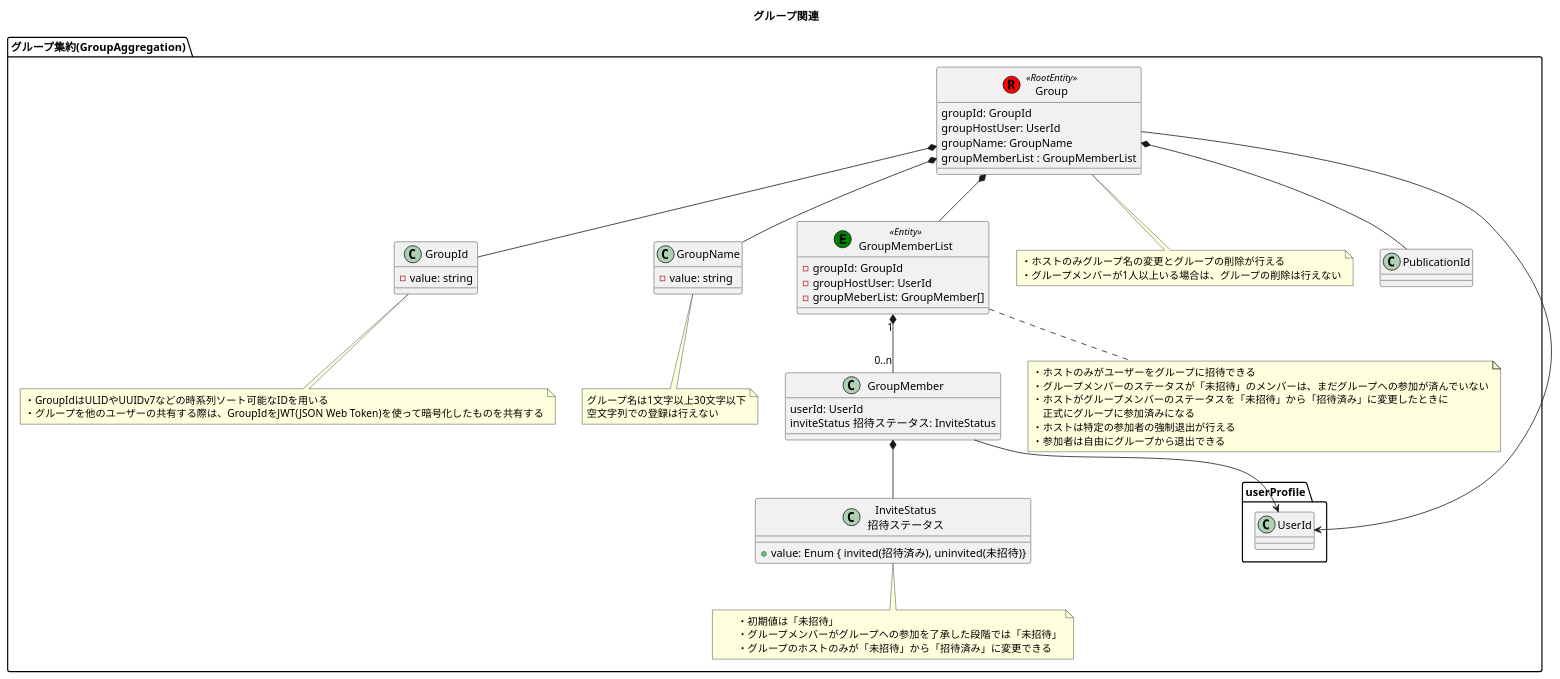
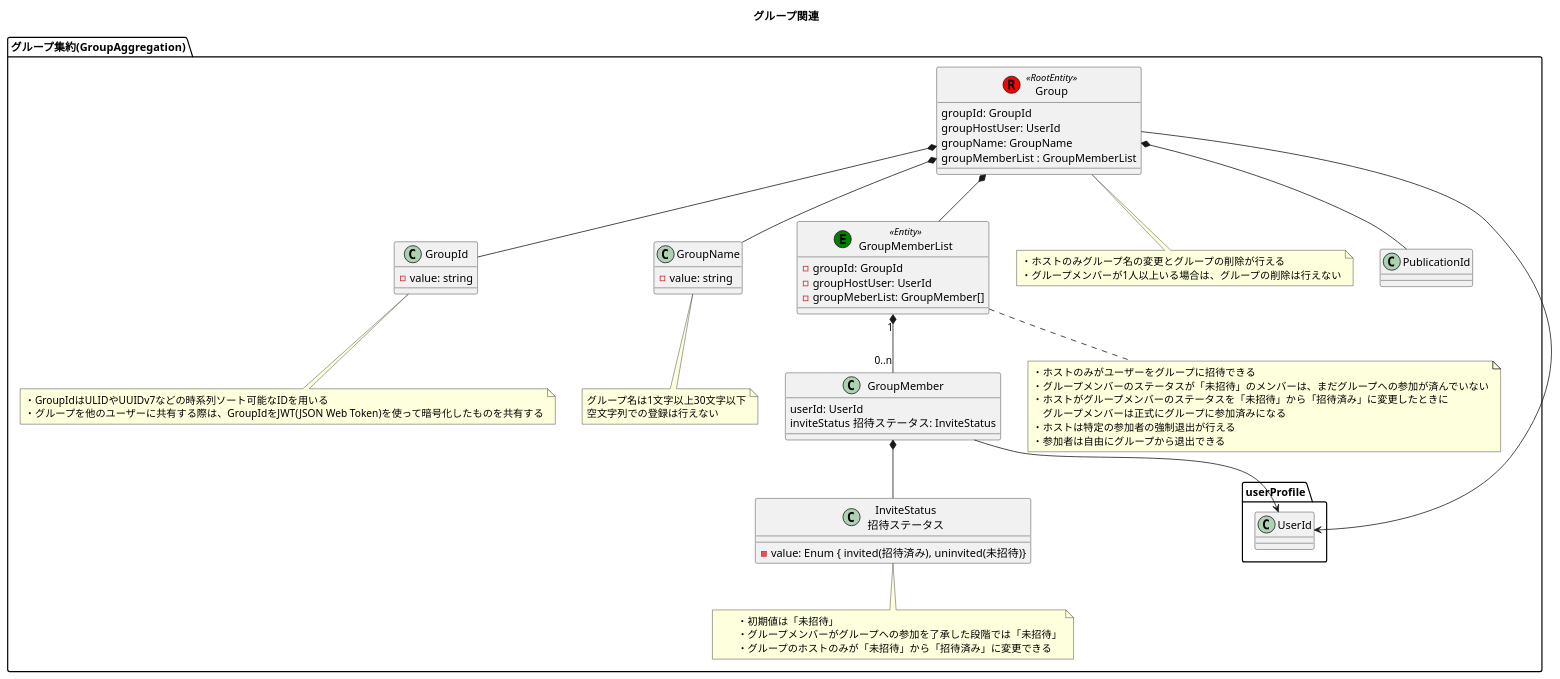
Before and after one commit to h-maki2/identityAccess: the diagram in modelingDiagram/domainModelDiagram/グループ関連.pu, drawn with PlantUML. The commit also changed 4 other files, not shown here.

```diff
--- a/modelingDiagram/domainModelDiagram/グループ関連.pu
+++ b/modelingDiagram/domainModelDiagram/グループ関連.pu
@@ -1,76 +1,76 @@
 @startuml グループ関連
 
 title グループ関連
 
 package "グループ集約(GroupAggregation)" {
     class Group << (R,red) RootEntity >> {
         groupId: GroupId
         groupHostUser: UserId
         groupName: GroupName
         groupMemberList : GroupMemberList
     }
 
     class GroupId {
         - value: string
     }
 
     class GroupName {
         - value: string
     }
 
     class GroupMemberList << (E,green) Entity >> {
         - groupId: GroupId
         - groupHostUser: UserId
         - groupMeberList: GroupMember[]
     }
 
     class GroupMember {
         userId: UserId
         inviteStatus 招待ステータス: InviteStatus
     }
 
     class "InviteStatus\n招待ステータス" as InviteStatus {
-        + value: Enum { invited(招待済み), uninvited(未招待)}
+        - value: Enum { invited(招待済み), uninvited(未招待)}
     }
 
     note bottom of Group
         ・ホストのみグループ名の変更とグループの削除が行える
         ・グループメンバーが1人以上いる場合は、グループの削除は行えない
     end note
 
     note bottom of GroupMemberList
         ・ホストのみがユーザーをグループに招待できる
         ・グループメンバーのステータスが「未招待」のメンバーは、まだグループへの参加が済んでいない
         ・ホストがグループメンバーのステータスを「未招待」から「招待済み」に変更したときに
-        　正式にグループに参加済みになる
+        　グループメンバーは正式にグループに参加済みになる
         ・ホストは特定の参加者の強制退出が行える
         ・参加者は自由にグループから退出できる
     end note
 
     note bottom of GroupName
         グループ名は1文字以上30文字以下
         空文字列での登録は行えない
     end note
 
     note bottom of GroupId
         ・GroupIdはULIDやUUIDv7などの時系列ソート可能なIDを用いる
-        ・グループを他のユーザーの共有する際は、GroupIdをJWT(JSON Web Token)を使って暗号化したものを共有する
+        ・グループを他のユーザーに共有する際は、GroupIdをJWT(JSON Web Token)を使って暗号化したものを共有する
     end note
 
     note bottom of InviteStatus
     　　・初期値は「未招待」
     　　・グループメンバーがグループへの参加を了承した段階では「未招待」
     　　・グループのホストのみが「未招待」から「招待済み」に変更できる
     end note
 
     Group *-down- GroupId
     Group *-down- GroupName
     Group *-down- PublicationId
     Group *-down- GroupMemberList
     Group -down-> userProfile.UserId
     GroupMemberList "1" *-down- "0..n" GroupMember
     GroupMember -down-> userProfile.UserId
     GroupMember *-down- InviteStatus
 }
 
 @enduml
```
